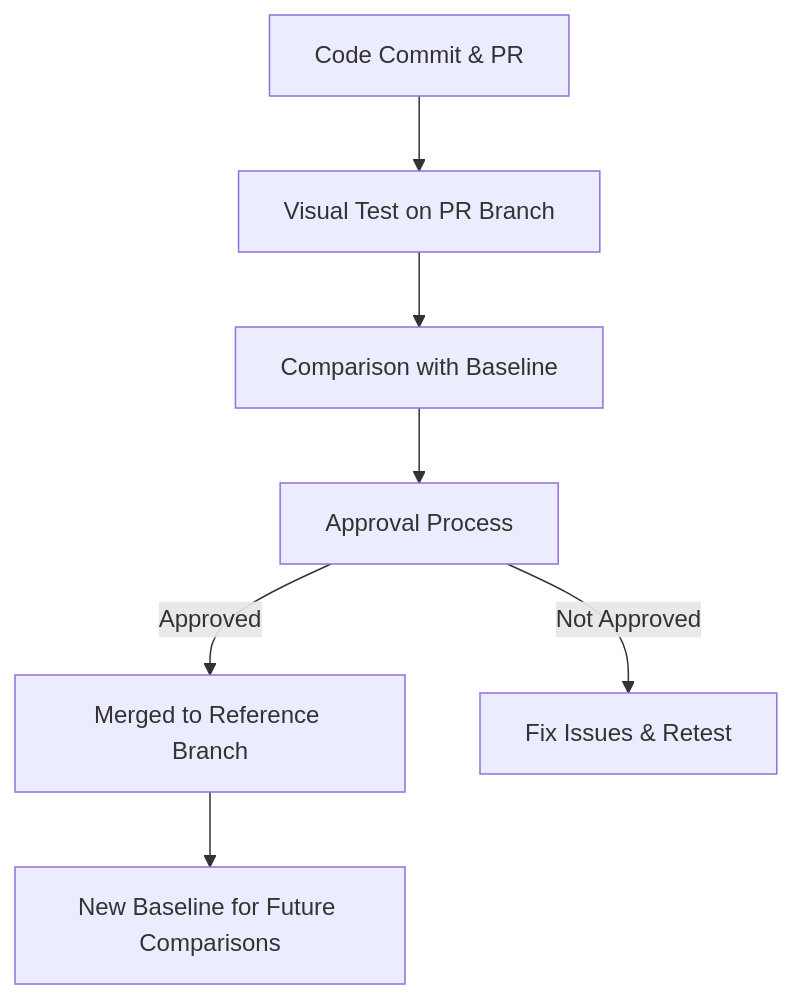
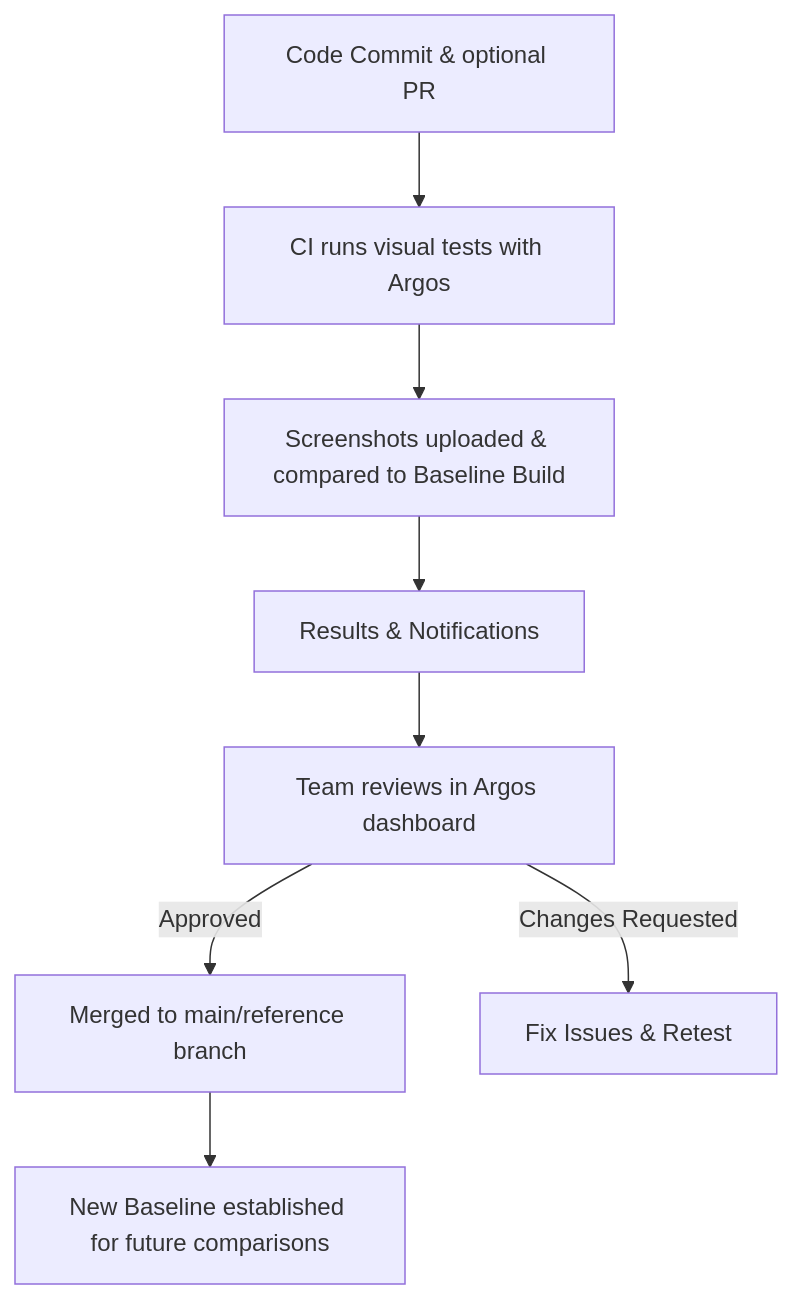
The first of 2 diagrams in docs/guides/monitoring-mode.mdx (argos-ci/docs), drawn with Mermaid before and after one commit. The commit also changed other lines of this file and 1 other file, not shown here.

Commit message:
feat(build-modes): improve build modes docs

````diff
--- a/docs/guides/monitoring-mode.mdx
+++ b/docs/guides/monitoring-mode.mdx
@@ -43,9 +50,10 @@
 ```mermaid
 graph TD;
-    A[Code Commit & PR] --> B[Visual Test on PR Branch];
-    B --> C[Comparison with Baseline];
-    C --> D[Approval Process];
-    D -->|Approved| E[Merged to Reference Branch];
-    D -->|Not Approved| F[Fix Issues & Retest];
-    E --> G[New Baseline for Future Comparisons];
+  A[Code Commit & optional PR] --> B[CI runs visual tests with Argos];
+  B --> C[Screenshots uploaded & compared to Baseline Build];
+  C --> D[Results & Notifications];
+  D --> E[Team reviews in Argos dashboard];
+  E -->|Approved| F[Merged to main/reference branch];
+  E -->|Changes Requested| G[Fix Issues & Retest];
+  F --> H[New Baseline established for future comparisons];
 ```
````
